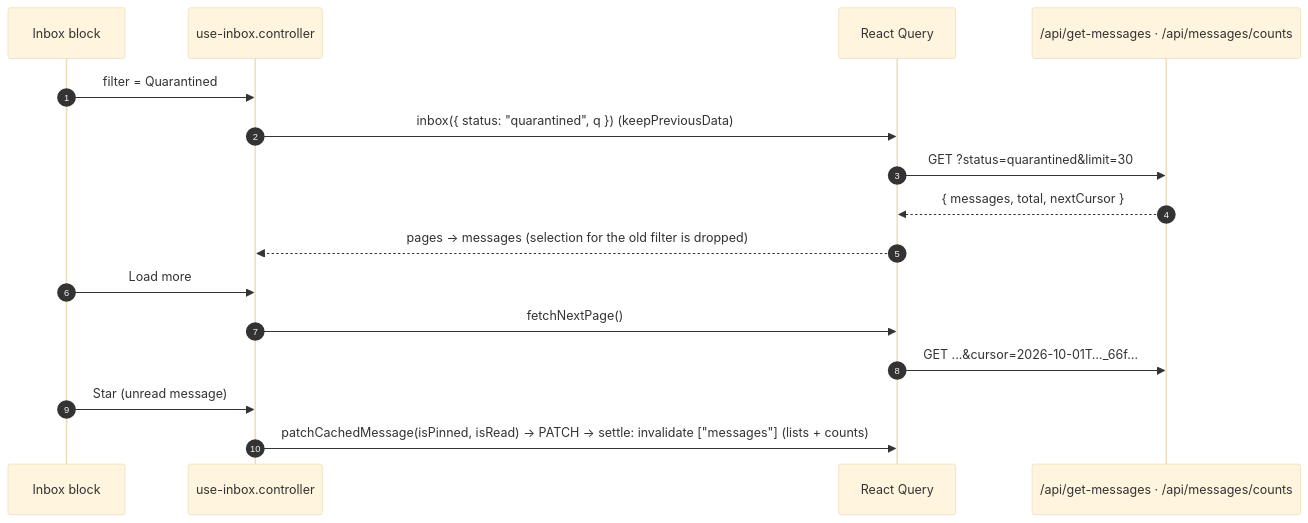
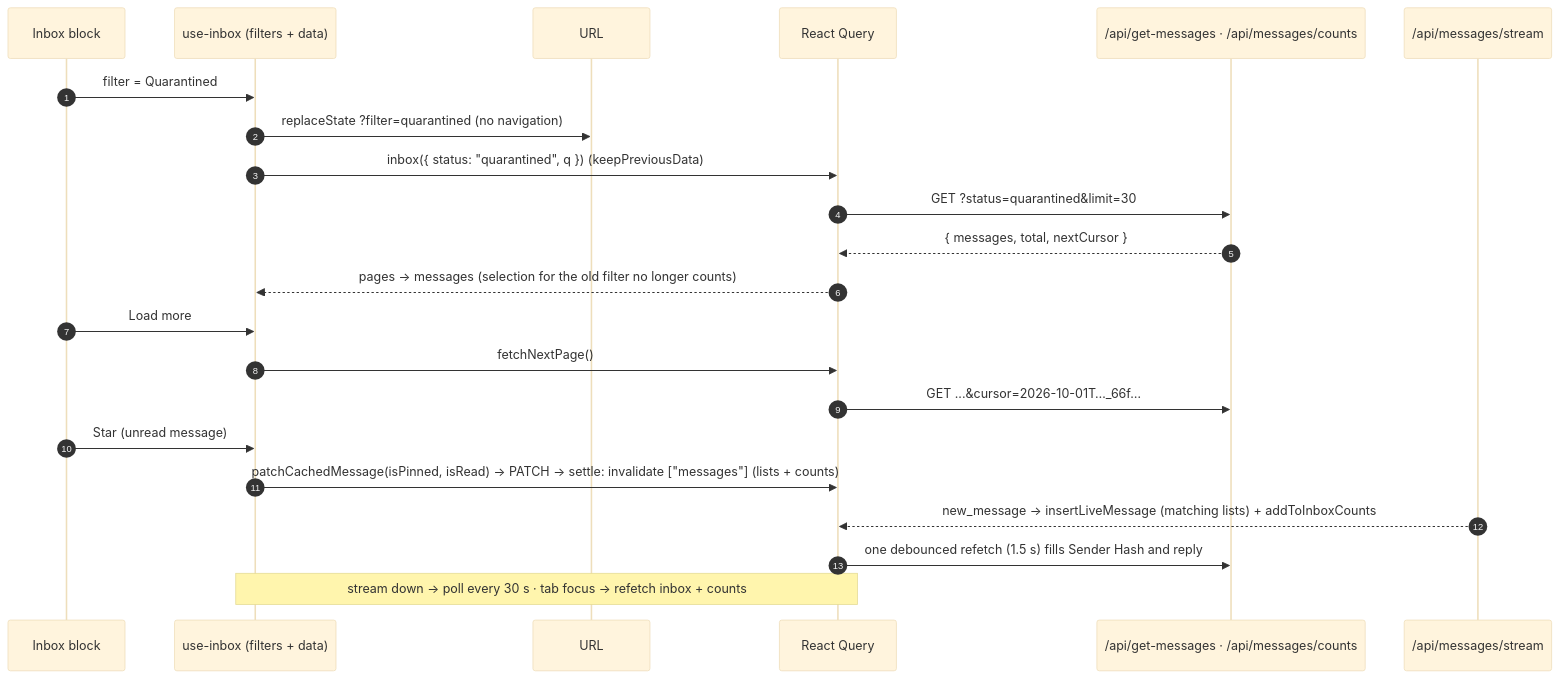
One commit to Abbas4tech/GhostMsg changed the second of 2 diagrams in docs/20-state-management.md. Above: the diagram before and after it, drawn with Mermaid (base theme). The commit also changed other lines of this file and 34 other files, not shown here.

Commit message:
feat: add OpenAPI specification, generated API schemas, and comprehensive documentation adrs

````diff
--- a/docs/20-state-management.md
+++ b/docs/20-state-management.md
@@ -108,19 +114,25 @@
 ```mermaid
 sequenceDiagram
     autonumber
     participant UI as Inbox block
-    participant C as use-inbox.controller
+    participant C as use-inbox (filters + data)
+    participant URL as URL
     participant Q as React Query
     participant API as /api/get-messages · /api/messages/counts
+    participant SSE as /api/messages/stream
 
     UI->>C: filter = Quarantined
+    C->>URL: replaceState ?filter=quarantined (no navigation)
     C->>Q: inbox({ status: "quarantined", q }) (keepPreviousData)
     Q->>API: GET ?status=quarantined&limit=30
     API-->>Q: { messages, total, nextCursor }
-    Q-->>C: pages → messages (selection for the old filter is dropped)
+    Q-->>C: pages → messages (selection for the old filter no longer counts)
     UI->>C: Load more
     C->>Q: fetchNextPage()
     Q->>API: GET ...&cursor=2026-10-01T…_66f…
     UI->>C: Star (unread message)
     C->>Q: patchCachedMessage(isPinned, isRead) → PATCH → settle: invalidate ["messages"] (lists + counts)
+    SSE-->>Q: new_message → insertLiveMessage (matching lists) + addToInboxCounts
+    Q->>API: one debounced refetch (1.5 s) fills Sender Hash and reply
+    Note over C,Q: stream down → poll every 30 s · tab focus → refetch inbox + counts
 ```
````
